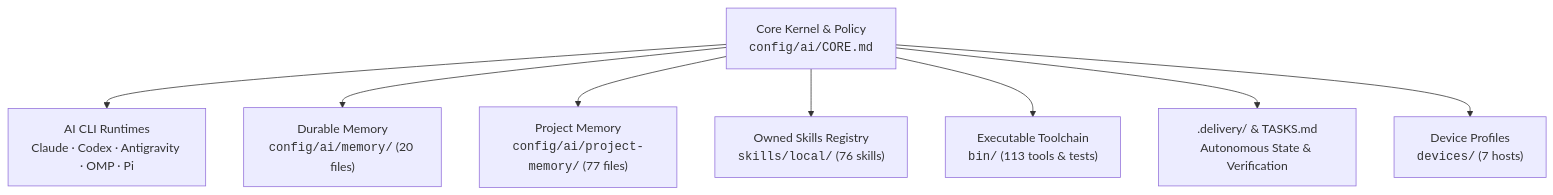
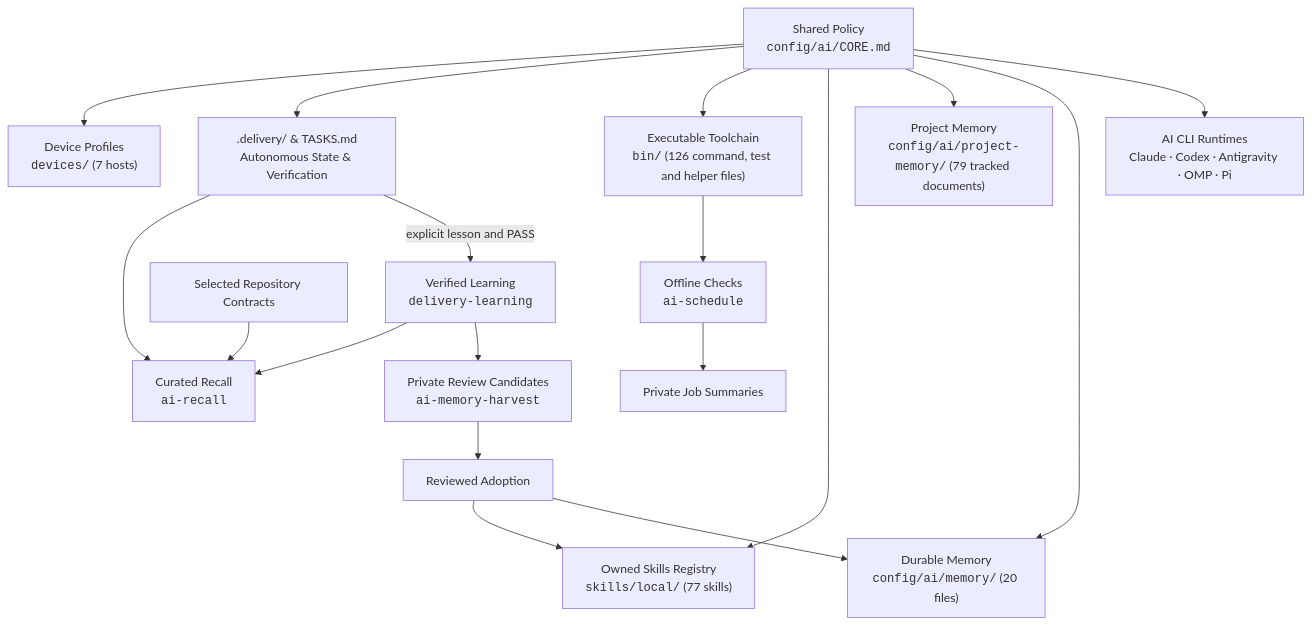
Before and after one commit to ongkipro/dotfiles: the diagram in docs/DOTFILES_SITEMAP.md, drawn with Mermaid. The commit also changed other lines of this file and 90 other files, not shown here.

````diff
--- a/docs/DOTFILES_SITEMAP.md
+++ b/docs/DOTFILES_SITEMAP.md
@@ -12,10 +12,20 @@
 ```mermaid
 graph TD
-    Kernel["Core Kernel & Policy<br/><code>config/ai/CORE.md</code>"] --> Runtimes["AI CLI Runtimes<br/>Claude · Codex · Antigravity · OMP · Pi"]
+    Kernel["Shared Policy<br/><code>config/ai/CORE.md</code>"] --> Runtimes["AI CLI Runtimes<br/>Claude · Codex · Antigravity · OMP · Pi"]
     Kernel --> Memory["Durable Memory<br/><code>config/ai/memory/</code> (20 files)"]
-    Kernel --> ProjectMemory["Project Memory<br/><code>config/ai/project-memory/</code> (77 files)"]
-    Kernel --> Skills["Owned Skills Registry<br/><code>skills/local/</code> (76 skills)"]
-    Kernel --> Bin["Executable Toolchain<br/><code>bin/</code> (113 tools & tests)"]
+    Kernel --> ProjectMemory["Project Memory<br/><code>config/ai/project-memory/</code> (79 tracked documents)"]
+    Kernel --> Skills["Owned Skills Registry<br/><code>skills/local/</code> (77 skills)"]
+    Kernel --> Bin["Executable Toolchain<br/><code>bin/</code> (126 command, test and helper files)"]
     Kernel --> Ledger[".delivery/ & TASKS.md<br/>Autonomous State & Verification"]
     Kernel --> Devices["Device Profiles<br/><code>devices/</code> (7 hosts)"]
+    Ledger -->|"explicit lesson and PASS"| Learning["Verified Learning<br/><code>delivery-learning</code>"]
+    Learning --> Candidates["Private Review Candidates<br/><code>ai-memory-harvest</code>"]
+    Candidates --> Review["Reviewed Adoption"]
+    Review --> Memory
+    Review --> Skills
+    Contracts["Selected Repository Contracts"] --> Recall["Curated Recall<br/><code>ai-recall</code>"]
+    Ledger --> Recall
+    Learning --> Recall
+    Bin --> Schedule["Offline Checks<br/><code>ai-schedule</code>"]
+    Schedule --> Reports["Private Job Summaries"]
 ```
````
